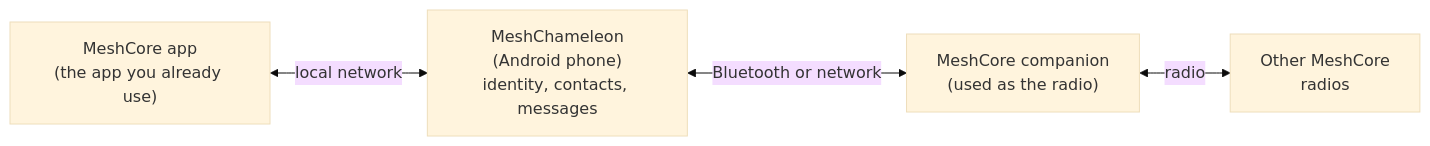
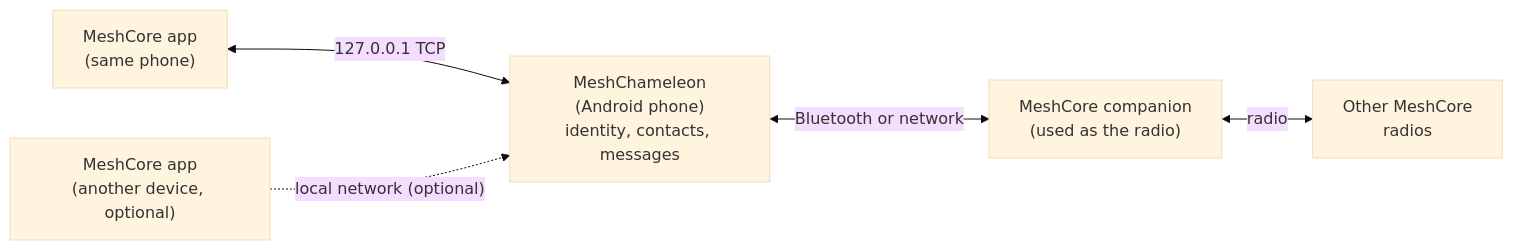
The diagram in README.md (jhuebert/MeshChameleon), drawn with Mermaid (base theme) before and after one commit. The commit also changed other lines of this file and 4 other files, not shown here.

First line of the commit message:
docs: highlight identity portability and same-phone use

````diff
--- a/README.md
+++ b/README.md
@@ -79,11 +94,13 @@
 ```mermaid
 flowchart LR
-    app["MeshCore app<br/>(the app you already use)"]
+    app["MeshCore app<br/>(same phone)"]
     phone["MeshChameleon<br/>(Android phone)<br/>identity, contacts, messages"]
     radio["MeshCore companion<br/>(used as the radio)"]
     mesh["Other MeshCore<br/>radios"]
+    remote["MeshCore app<br/>(another device, optional)"]
 
-    app <-->|"local network"| phone
+    app <-->|"127.0.0.1 TCP"| phone
+    remote -.->|"local network (optional)"| phone
     phone <-->|"Bluetooth or network"| radio
     radio <-->|"radio"| mesh
 ```
````
